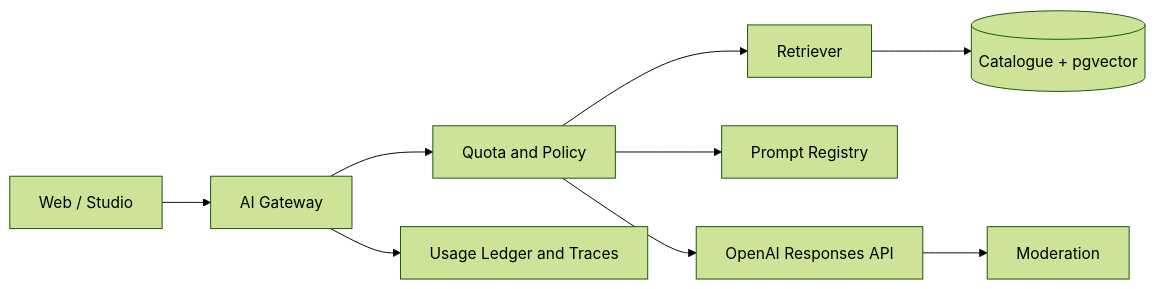
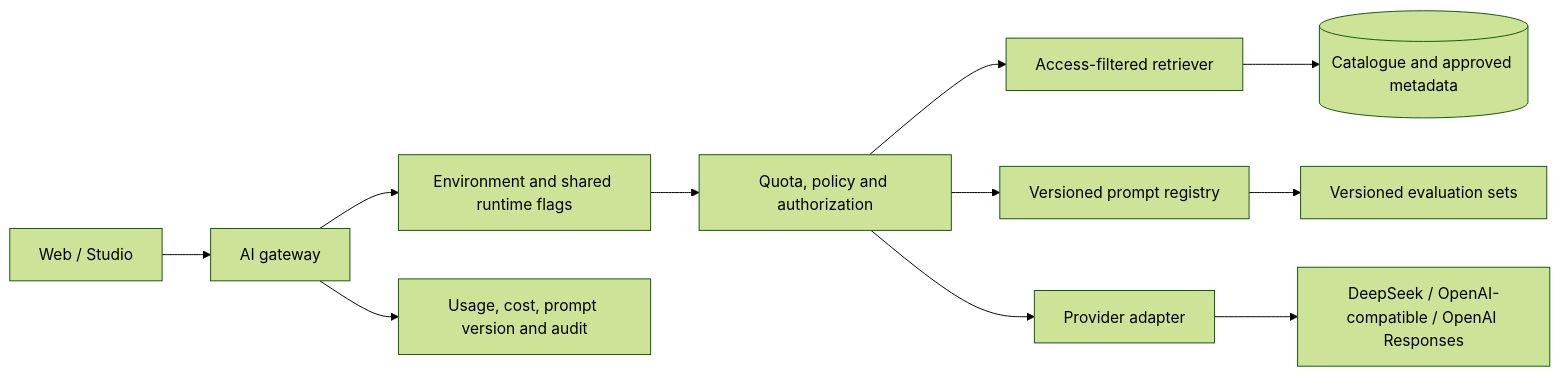
Before and after one commit to Watch-Jalwa/jalwa-platform: the diagram in docs/07-ai-native-platform.md, drawn with Mermaid (forest theme). The commit also changed other lines of this file and 29 other files, not shown here.

````diff
--- a/docs/07-ai-native-platform.md
+++ b/docs/07-ai-native-platform.md
@@ -98,11 +73,13 @@
 ```mermaid
 flowchart LR
-    UI[Web / Studio] --> G[AI Gateway]
-    G --> Q[Quota and Policy]
-    Q --> R[Retriever]
-    R --> DB[(Catalogue + pgvector)]
-    Q --> P[Prompt Registry]
-    Q --> M[OpenAI Responses API]
-    M --> MOD[Moderation]
-    G --> L[Usage Ledger and Traces]
+    UI[Web / Studio] --> G[AI gateway]
+    G --> F[Environment and shared runtime flags]
+    F --> Q[Quota, policy and authorization]
+    Q --> R[Access-filtered retriever]
+    R --> DB[(Catalogue and approved metadata)]
+    Q --> P[Versioned prompt registry]
+    Q --> A[Provider adapter]
+    A --> M[DeepSeek / OpenAI-compatible / OpenAI Responses]
+    G --> L[Usage, cost, prompt version and audit]
+    P --> E[Versioned evaluation sets]
 ```
````
